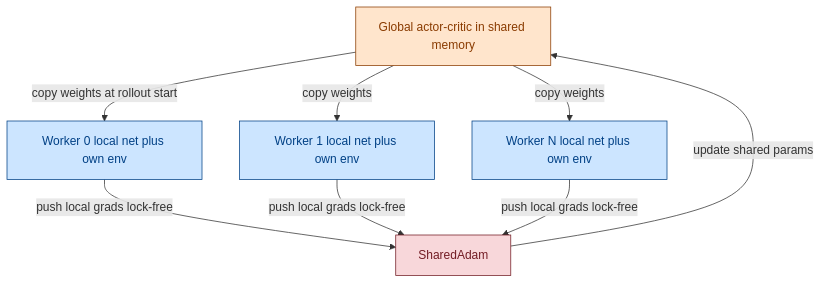
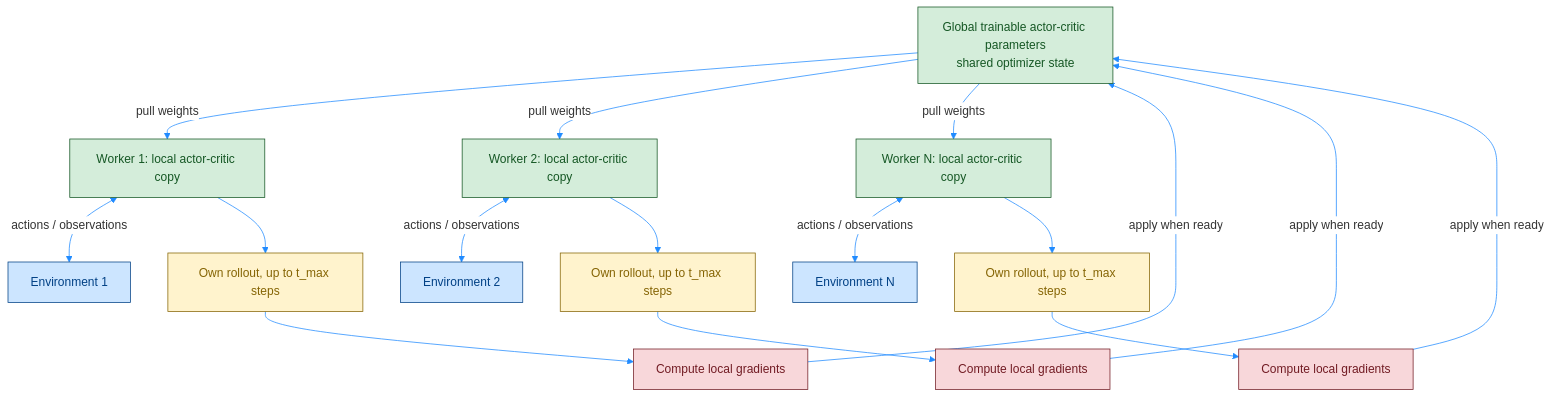
Before and after one commit to Open-Source-Robotics-For-Myanmar/rl: the second of 3 diagrams in Day81 RL python/02_Miguel Morales - Grokking Deep Reinforcement Learning/02_rl_with_dl/rom_photos/08_1_PB_actor-critic_A3C.md, drawn with Mermaid. The commit also changed other lines of this file and 5 other files, not shown here.

Commit message:
docs: organize paper and architecture notes in README

````diff
--- a/Day81 RL python/02_Miguel Morales - Grokking Deep Reinforcement Learning/02_rl_with_dl/rom_photos/08_1_PB_actor-critic_A3C.md
+++ b/Day81 RL python/02_Miguel Morales - Grokking Deep Reinforcement Learning/02_rl_with_dl/rom_photos/08_1_PB_actor-critic_A3C.md
@@ -107,20 +61,29 @@
 ```mermaid
+%%{init: {'theme': 'base', 'themeVariables': { 'primaryColor': '#ffffff', 'lineColor': '#218bff'}}}%%
 flowchart TD
-    GLOBAL["Global actor-critic in shared memory"]:::extra
-    OPT["SharedAdam"]:::train
-    W0["Worker 0 local net plus own env"]:::shared
-    W1["Worker 1 local net plus own env"]:::shared
-    WN["Worker N local net plus own env"]:::shared
+    G["Global trainable actor-critic parameters<br/>shared optimizer state"]
+    G -->|"pull weights"| W1["Worker 1: local actor-critic copy"]
+    G -->|"pull weights"| W2["Worker 2: local actor-critic copy"]
+    G -->|"pull weights"| WN["Worker N: local actor-critic copy"]
+    W1 <-->|"actions / observations"| E1["Environment 1"]
+    W2 <-->|"actions / observations"| E2["Environment 2"]
+    WN <-->|"actions / observations"| EN["Environment N"]
+    W1 --> B1["Own rollout, up to t_max steps"]
+    W2 --> B2["Own rollout, up to t_max steps"]
+    WN --> BN["Own rollout, up to t_max steps"]
+    B1 --> U1["Compute local gradients"]
+    B2 --> U2["Compute local gradients"]
+    BN --> UN["Compute local gradients"]
+    U1 -->|"apply when ready"| G
+    U2 -->|"apply when ready"| G
+    UN -->|"apply when ready"| G
 
-    GLOBAL -->|"copy weights at rollout start"| W0
-    GLOBAL -->|"copy weights"| W1
-    GLOBAL -->|"copy weights"| WN
-    W0 -->|"push local grads lock-free"| OPT
-    W1 -->|"push local grads lock-free"| OPT
-    WN -->|"push local grads lock-free"| OPT
-    OPT -->|"update shared params"| GLOBAL
-
-    classDef shared fill:#cce5ff,stroke:#004085,color:#004085
-    classDef train fill:#f8d7da,stroke:#721c24,color:#721c24
-    classDef extra fill:#ffe5cc,stroke:#8a3b00,color:#8a3b00
+    classDef data fill:#cce5ff,stroke:#004085,stroke-width:1px,color:#004085;
+    classDef network fill:#d4edda,stroke:#155724,stroke-width:1px,color:#155724;
+    classDef batch fill:#fff3cd,stroke:#856404,stroke-width:1px,color:#856404;
+    classDef train fill:#f8d7da,stroke:#721c24,stroke-width:1px,color:#721c24;
+    class E1,E2,EN data;
+    class G,W1,W2,WN network;
+    class B1,B2,BN batch;
+    class U1,U2,UN train;
 ```
````
